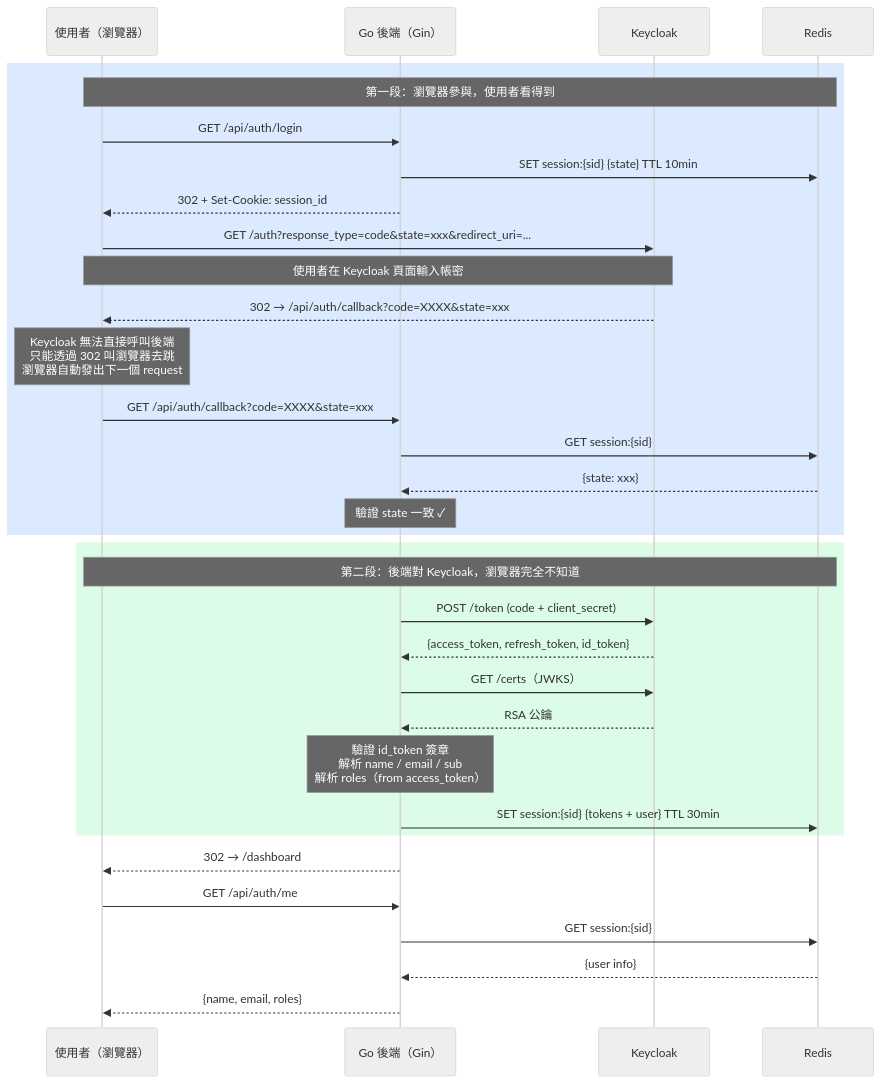
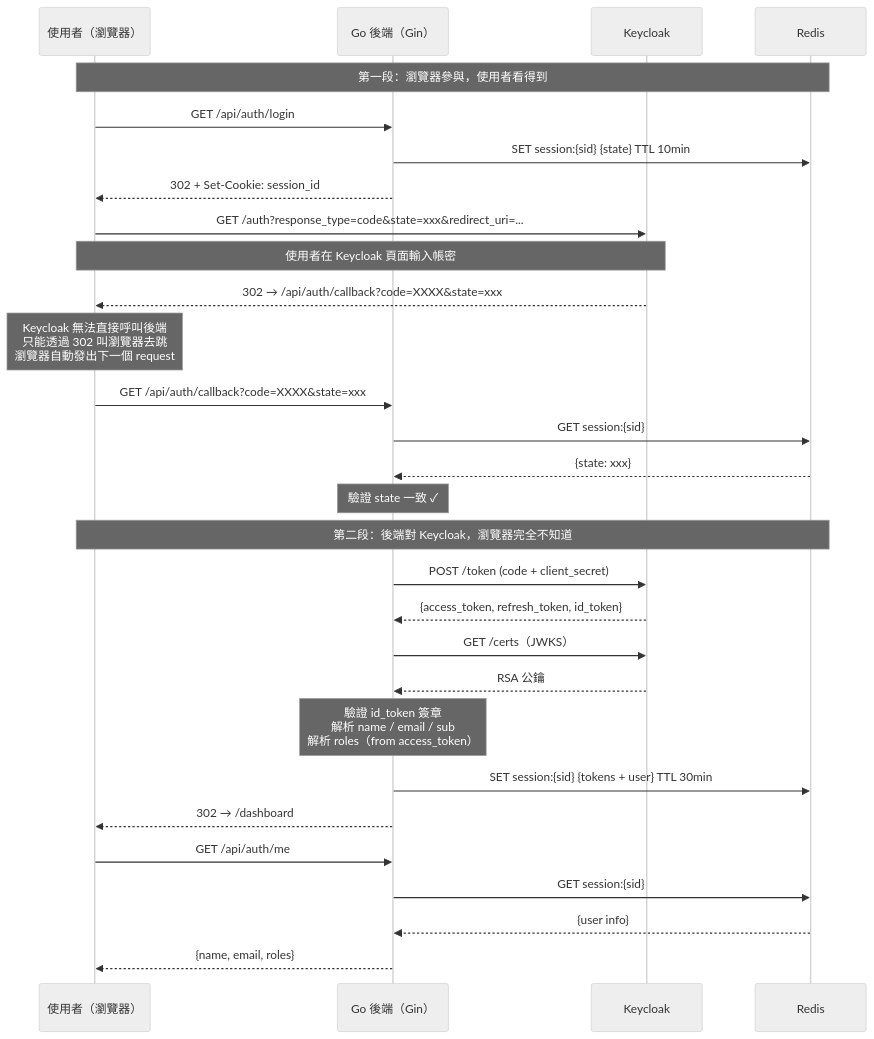
One commit to BBRenHao35/oauth2-sso-demo changed the second of 2 diagrams in README.md. Above: the diagram before and after it, drawn with Mermaid (neutral theme).

Commit message:
docs: replace rect color blocks with Note dividers for dark mode compatibility

````diff
--- a/README.md
+++ b/README.md
@@ -69,42 +69,38 @@
 ```mermaid
 sequenceDiagram
     participant B as 使用者（瀏覽器）
     participant G as Go 後端（Gin）
     participant K as Keycloak
     participant R as Redis
 
-    rect rgb(219, 234, 254)
-        Note over B,R: 第一段：瀏覽器參與，使用者看得到
-        B->>G: GET /api/auth/login
-        G->>R: SET session:{sid} {state}  TTL 10min
-        G-->>B: 302 + Set-Cookie: session_id
+    Note over B,R: 第一段：瀏覽器參與，使用者看得到
+    B->>G: GET /api/auth/login
+    G->>R: SET session:{sid} {state}  TTL 10min
+    G-->>B: 302 + Set-Cookie: session_id
 
-        B->>K: GET /auth?response_type=code&state=xxx&redirect_uri=...
-        Note over B,K: 使用者在 Keycloak 頁面輸入帳密
-        K-->>B: 302 → /api/auth/callback?code=XXXX&state=xxx
-        Note over B: Keycloak 無法直接呼叫後端<br/>只能透過 302 叫瀏覽器去跳<br/>瀏覽器自動發出下一個 request
-        B->>G: GET /api/auth/callback?code=XXXX&state=xxx
-        G->>R: GET session:{sid}
-        R-->>G: {state: xxx}
-        Note over G: 驗證 state 一致 ✓
-    end
+    B->>K: GET /auth?response_type=code&state=xxx&redirect_uri=...
+    Note over B,K: 使用者在 Keycloak 頁面輸入帳密
+    K-->>B: 302 → /api/auth/callback?code=XXXX&state=xxx
+    Note over B: Keycloak 無法直接呼叫後端<br/>只能透過 302 叫瀏覽器去跳<br/>瀏覽器自動發出下一個 request
+    B->>G: GET /api/auth/callback?code=XXXX&state=xxx
+    G->>R: GET session:{sid}
+    R-->>G: {state: xxx}
+    Note over G: 驗證 state 一致 ✓
 
-    rect rgb(220, 252, 231)
-        Note over B,R: 第二段：後端對 Keycloak，瀏覽器完全不知道
-        G->>K: POST /token (code + client_secret)
-        K-->>G: {access_token, refresh_token, id_token}
+    Note over B,R: 第二段：後端對 Keycloak，瀏覽器完全不知道
+    G->>K: POST /token (code + client_secret)
+    K-->>G: {access_token, refresh_token, id_token}
 
-        G->>K: GET /certs（JWKS）
-        K-->>G: RSA 公鑰
-        Note over G: 驗證 id_token 簽章<br/>解析 name / email / sub<br/>解析 roles（from access_token）
+    G->>K: GET /certs（JWKS）
+    K-->>G: RSA 公鑰
+    Note over G: 驗證 id_token 簽章<br/>解析 name / email / sub<br/>解析 roles（from access_token）
 
-        G->>R: SET session:{sid} {tokens + user}  TTL 30min
-    end
+    G->>R: SET session:{sid} {tokens + user}  TTL 30min
 
     G-->>B: 302 → /dashboard
 
     B->>G: GET /api/auth/me
     G->>R: GET session:{sid}
     R-->>G: {user info}
     G-->>B: {name, email, roles}
 ```
````
